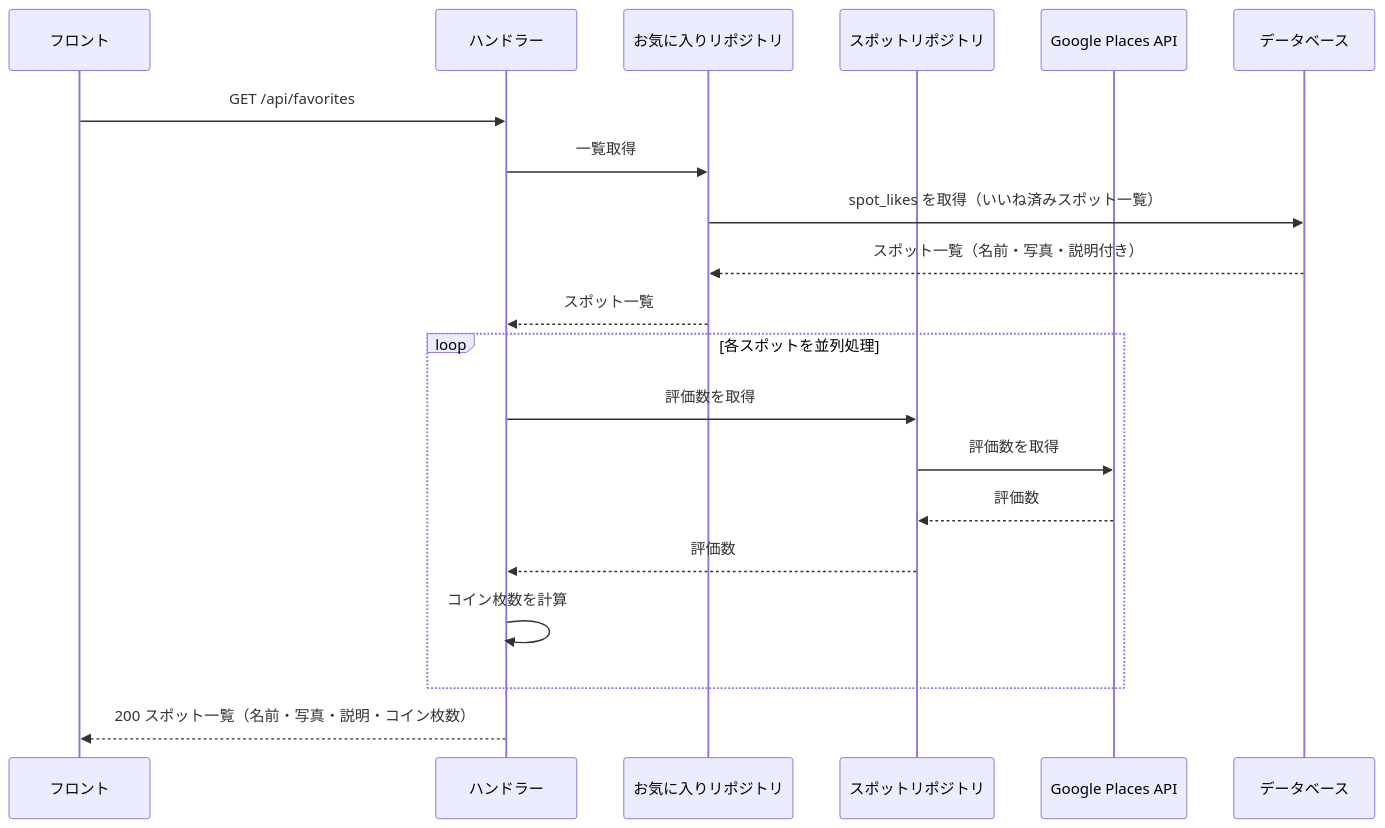
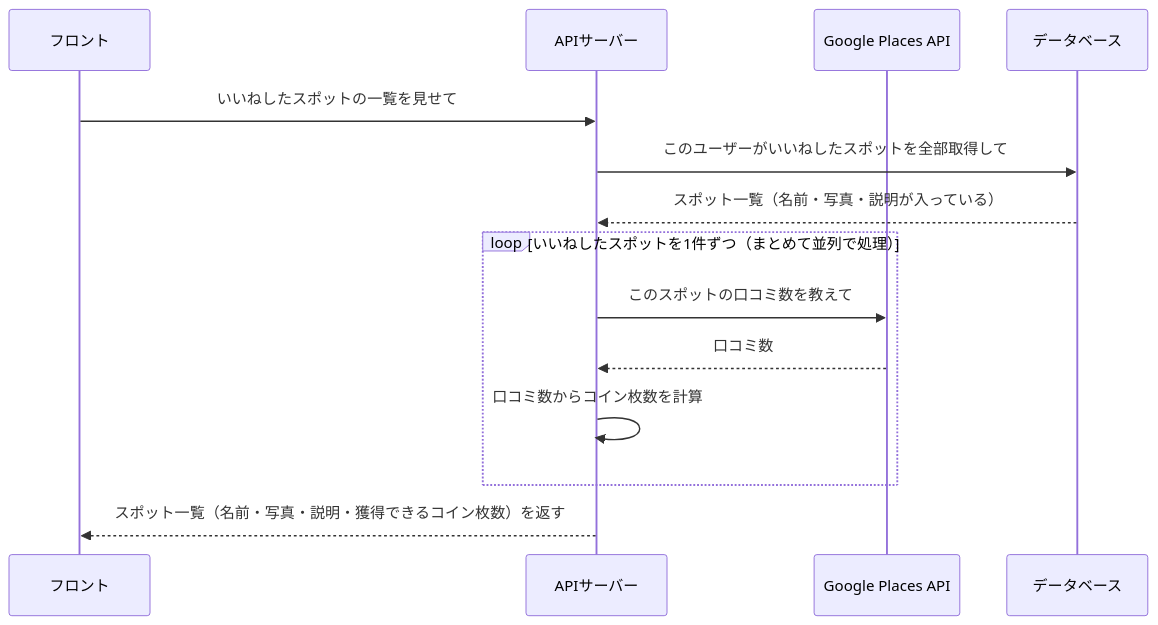
Before and after one commit to y08416/sukima-trip-backend: the third of 6 diagrams in docs/sequence.md, drawn with Mermaid. The commit also changed other lines of this file, not shown here.

Commit message:
docs: シーケンス図の説明を噛み砕いた日本語に書き直す

````diff
--- a/docs/sequence.md
+++ b/docs/sequence.md
@@ -58,25 +50,20 @@
 ```mermaid
 sequenceDiagram
     participant フロント
-    participant ハンドラー
-    participant お気に入りリポジトリ
-    participant スポットリポジトリ
+    participant APIサーバー
     participant GooglePlaces as Google Places API
     participant DB as データベース
 
-    フロント->>ハンドラー: GET /api/favorites
-    ハンドラー->>お気に入りリポジトリ: 一覧取得
-    お気に入りリポジトリ->>DB: spot_likes を取得（いいね済みスポット一覧）
-    DB-->>お気に入りリポジトリ: スポット一覧（名前・写真・説明付き）
-    お気に入りリポジトリ-->>ハンドラー: スポット一覧
+    フロント->>APIサーバー: いいねしたスポットの一覧を見せて
 
-    loop 各スポットを並列処理
-        ハンドラー->>スポットリポジトリ: 評価数を取得
-        スポットリポジトリ->>GooglePlaces: 評価数を取得
-        GooglePlaces-->>スポットリポジトリ: 評価数
-        スポットリポジトリ-->>ハンドラー: 評価数
-        ハンドラー->>ハンドラー: コイン枚数を計算
+    APIサーバー->>DB: このユーザーがいいねしたスポットを全部取得して
+    DB-->>APIサーバー: スポット一覧（名前・写真・説明が入っている）
+
+    loop いいねしたスポットを1件ずつ（まとめて並列で処理）
+        APIサーバー->>GooglePlaces: このスポットの口コミ数を教えて
+        GooglePlaces-->>APIサーバー: 口コミ数
+        APIサーバー->>APIサーバー: 口コミ数からコイン枚数を計算
     end
 
-    ハンドラー-->>フロント: 200 スポット一覧（名前・写真・説明・コイン枚数）
+    APIサーバー-->>フロント: スポット一覧（名前・写真・説明・獲得できるコイン枚数）を返す
 ```
````
